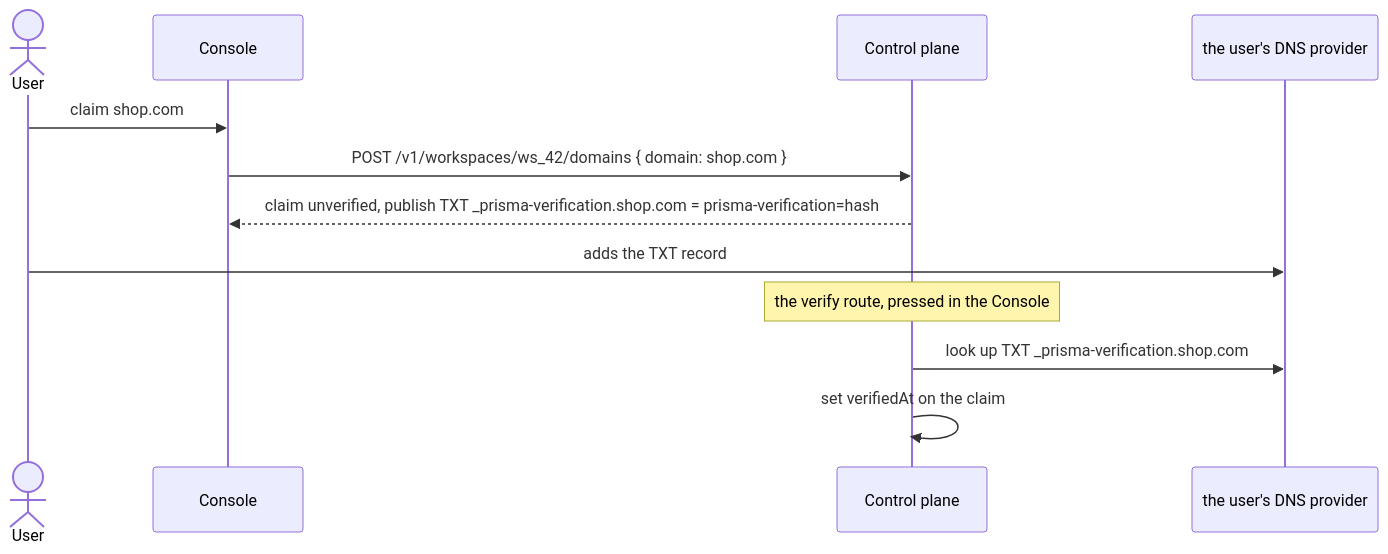
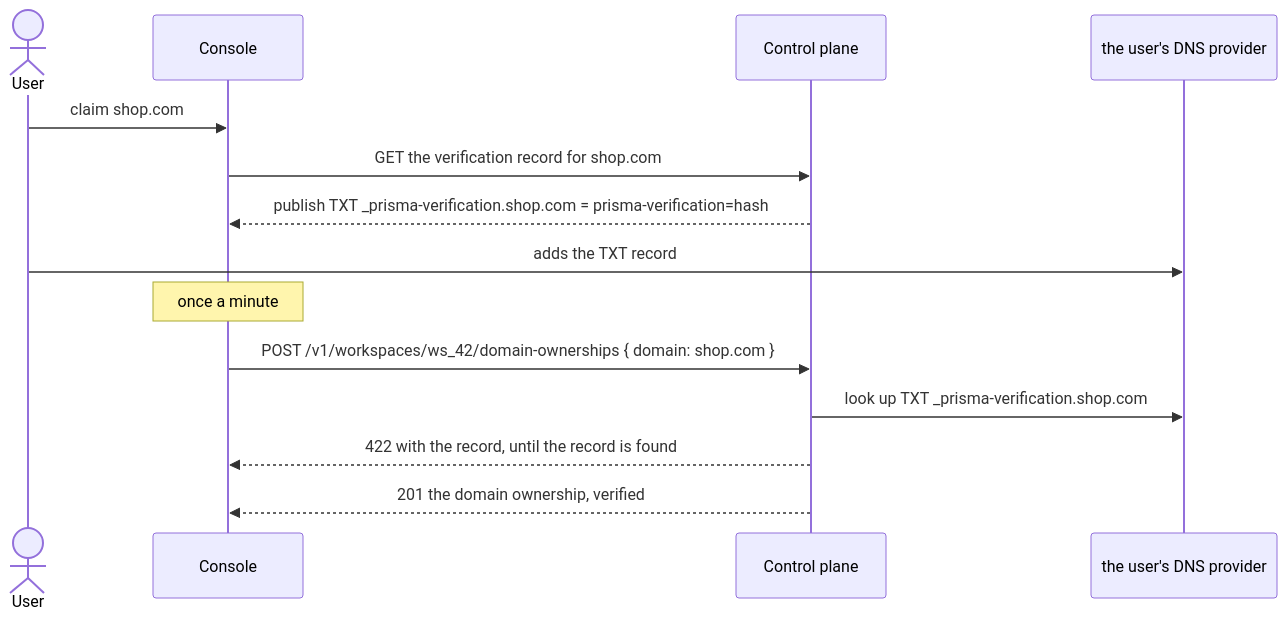
The second of 4 diagrams in .drive/projects/public-urls/design/README.md (prisma/composer), drawn with Mermaid before and after one commit. The commit also changed other lines of this file and 4 other files, not shown here.

Commit message:
drive(public-urls): a domain ownership exists only once its record is found; Søren owns the Domains page

````diff
--- a/.drive/projects/public-urls/design/README.md
+++ b/.drive/projects/public-urls/design/README.md
@@ -139,14 +139,16 @@
 ```mermaid
 sequenceDiagram
   actor User
   participant Console
   participant CP as Control plane
   participant DNS as the user's DNS provider
   User->>Console: claim shop.com
-  Console->>CP: POST /v1/workspaces/ws_42/domains { domain: shop.com }
-  CP-->>Console: claim unverified, publish TXT _prisma-verification.shop.com = prisma-verification=hash
+  Console->>CP: GET the verification record for shop.com
+  CP-->>Console: publish TXT _prisma-verification.shop.com = prisma-verification=hash
   User->>DNS: adds the TXT record
-  Note over CP: the verify route, pressed in the Console
+  Note over Console: once a minute
+  Console->>CP: POST /v1/workspaces/ws_42/domain-ownerships { domain: shop.com }
   CP->>DNS: look up TXT _prisma-verification.shop.com
-  CP->>CP: set verifiedAt on the claim
+  CP-->>Console: 422 with the record, until the record is found
+  CP-->>Console: 201 the domain ownership, verified
 ```
````
